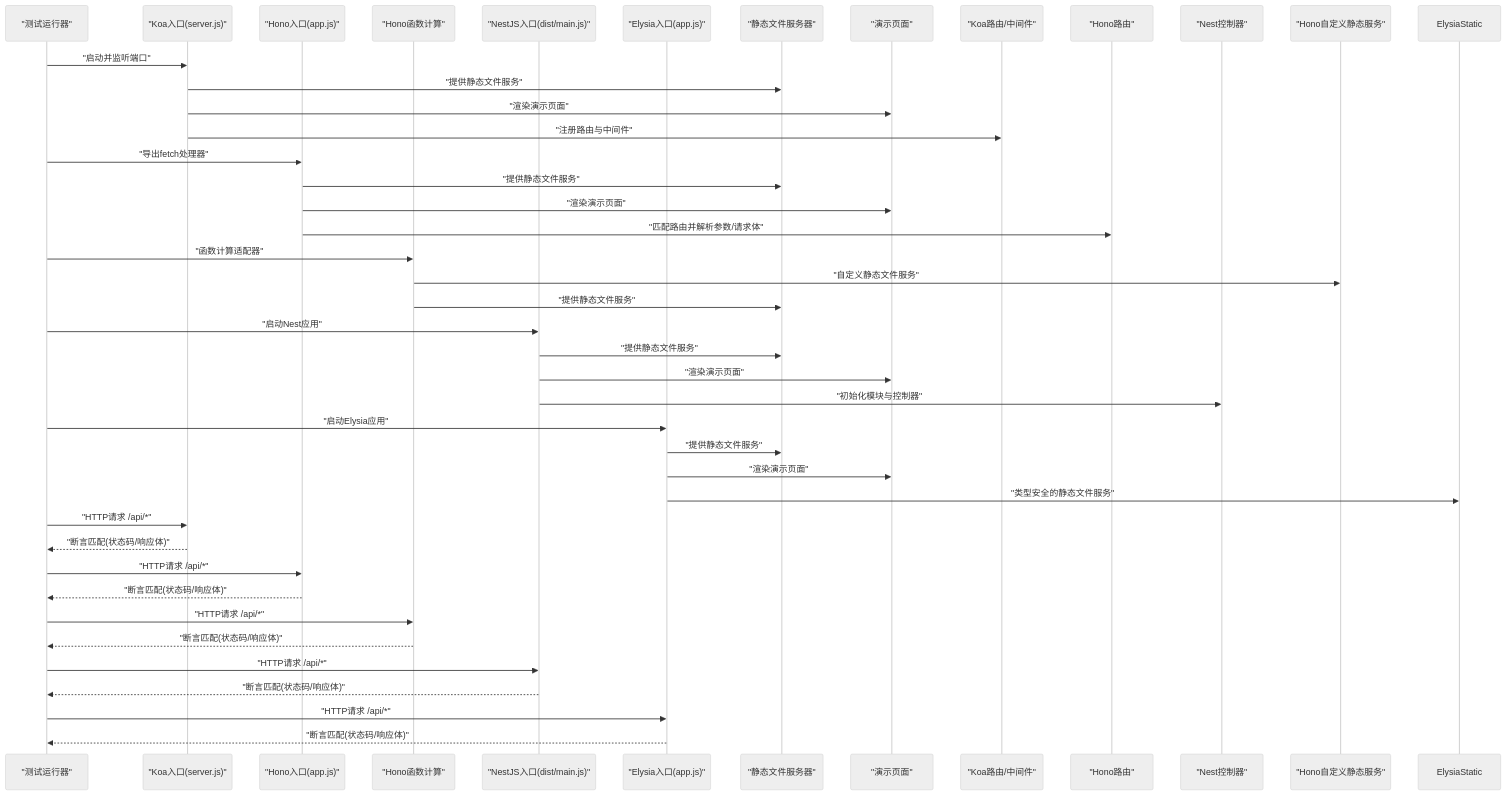
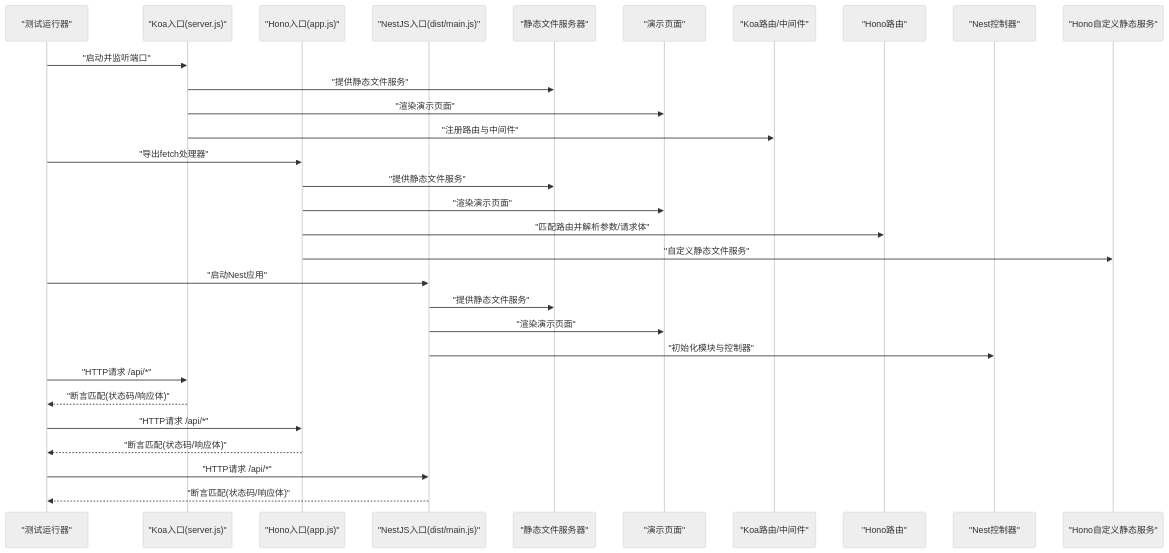
One commit to esa-sp/test-for-aone-ci changed the second of 8 diagrams in .qoder/repowiki/zh/content/后端框架测试/Koa、Hono、NestJS框架测试.md. Above: the diagram before and after it, drawn with Mermaid (neutral theme). The commit also changed other lines of this file and 31 other files, not shown here.

````diff
--- a/.qoder/repowiki/zh/content/后端框架测试/Koa、Hono、NestJS框架测试.md
+++ b/.qoder/repowiki/zh/content/后端框架测试/Koa、Hono、NestJS框架测试.md
@@ -215,44 +166,32 @@
 ```mermaid
 sequenceDiagram
 participant Runner as "测试运行器"
 participant KoaEntry as "Koa入口(server.js)"
 participant HonoEntry as "Hono入口(app.js)"
-participant HonoFC as "Hono函数计算"
 participant NestEntry as "NestJS入口(dist/main.js)"
-participant ElysiaEntry as "Elysia入口(app.js)"
 participant StaticServer as "静态文件服务器"
 participant DemoPage as "演示页面"
 participant KoaRouter as "Koa路由/中间件"
 participant HonoRouter as "Hono路由"
 participant NestCtrl as "Nest控制器"
 participant HonoCustomStatic as "Hono自定义静态服务"
 Runner->>KoaEntry : "启动并监听端口"
 KoaEntry->>StaticServer : "提供静态文件服务"
 KoaEntry->>DemoPage : "渲染演示页面"
 KoaEntry->>KoaRouter : "注册路由与中间件"
 Runner->>HonoEntry : "导出fetch处理器"
 HonoEntry->>StaticServer : "提供静态文件服务"
 HonoEntry->>DemoPage : "渲染演示页面"
 HonoEntry->>HonoRouter : "匹配路由并解析参数/请求体"
-Runner->>HonoFC : "函数计算适配器"
-HonoFC->>HonoCustomStatic : "自定义静态文件服务"
-HonoFC->>StaticServer : "提供静态文件服务"
+HonoEntry->>HonoCustomStatic : "自定义静态文件服务"
 Runner->>NestEntry : "启动Nest应用"
 NestEntry->>StaticServer : "提供静态文件服务"
 NestEntry->>DemoPage : "渲染演示页面"
 NestEntry->>NestCtrl : "初始化模块与控制器"
-Runner->>ElysiaEntry : "启动Elysia应用"
-ElysiaEntry->>StaticServer : "提供静态文件服务"
-ElysiaEntry->>DemoPage : "渲染演示页面"
-ElysiaEntry->>ElysiaStatic : "类型安全的静态文件服务"
 Runner->>KoaEntry : "HTTP请求 /api/*"
 KoaEntry-->>Runner : "断言匹配(状态码/响应体)"
 Runner->>HonoEntry : "HTTP请求 /api/*"
 HonoEntry-->>Runner : "断言匹配(状态码/响应体)"
-Runner->>HonoFC : "HTTP请求 /api/*"
-HonoFC-->>Runner : "断言匹配(状态码/响应体)"
 Runner->>NestEntry : "HTTP请求 /api/*"
 NestEntry-->>Runner : "断言匹配(状态码/响应体)"
-Runner->>ElysiaEntry : "HTTP请求 /api/*"
-ElysiaEntry-->>Runner : "断言匹配(状态码/响应体)"
 ```
````
